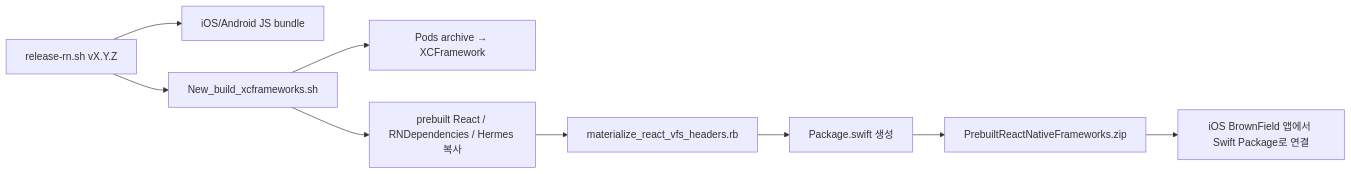
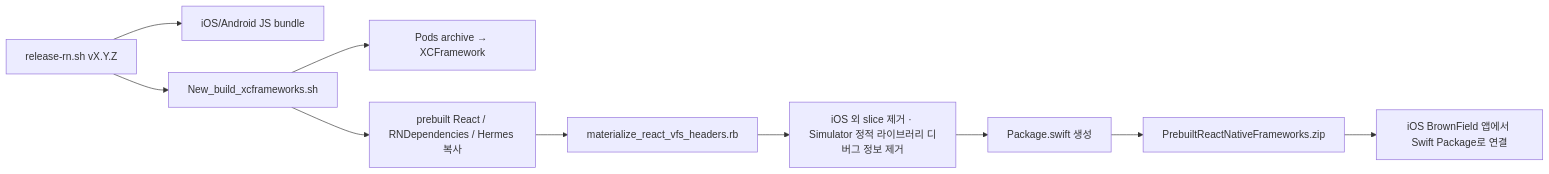
Before and after one commit to team-PopPang/PopPang-RN: the diagram in README.md, drawn with Mermaid. The commit also changed 1 other file, not shown here.

Commit message:
build: iOS Swift Package 용량 축소
XCFramework에서 iOS device·Simulator 외 slice(Mac Catalyst, macOS, tvOS, visionOS)를 지우고,
Simulator slice의 정적 라이브러리 디버그 정보를 제거한다. device slice 디버그 정보는 크래시 분석을 위해 남긴다.

````diff
--- a/README.md
+++ b/README.md
@@ -839,11 +839,12 @@
 ```mermaid
 flowchart LR
   A["release-rn.sh vX.Y.Z"] --> B["iOS/Android JS bundle"]
   A --> C["New_build_xcframeworks.sh"]
   C --> D["Pods archive → XCFramework"]
   C --> E["prebuilt React / RNDependencies / Hermes 복사"]
   E --> F["materialize_react_vfs_headers.rb"]
-  F --> G["Package.swift 생성"]
+  F --> T["iOS 외 slice 제거 · Simulator 정적 라이브러리 디버그 정보 제거"]
+  T --> G["Package.swift 생성"]
   G --> H["PrebuiltReactNativeFrameworks.zip"]
   H --> I["iOS BrownField 앱에서 Swift Package로 연결"]
 ```
````
